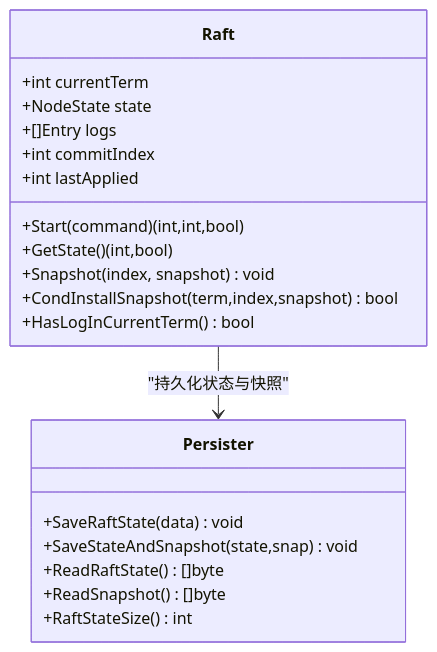
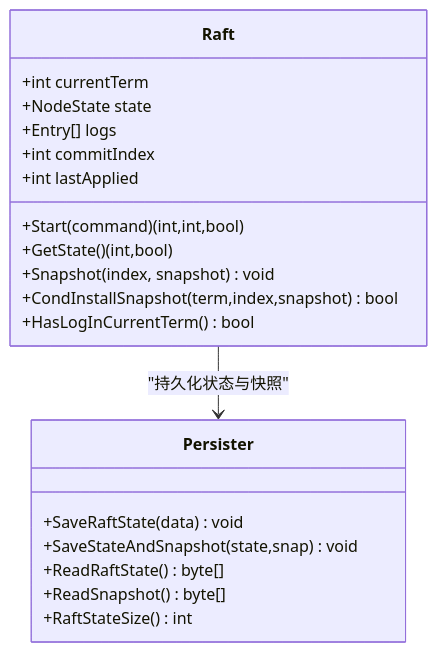
The third of 8 diagrams in wiki/项目概述/项目概述.md (eraft-io/eraft), drawn with Mermaid before and after one commit. The commit also changed 35 other files, not shown here.

````diff
--- a/wiki/项目概述/项目概述.md
+++ b/wiki/项目概述/项目概述.md
@@ -174,23 +174,23 @@
 ```mermaid
 classDiagram
 class Raft {
 +int currentTerm
 +NodeState state
-+[]Entry logs
++Entry[] logs
 +int commitIndex
 +int lastApplied
 +Start(command) (int,int,bool)
 +GetState() (int,bool)
 +Snapshot(index, snapshot) void
 +CondInstallSnapshot(term,index,snapshot) bool
 +HasLogInCurrentTerm() bool
 }
 class Persister {
 +SaveRaftState(data) void
 +SaveStateAndSnapshot(state,snap) void
-+ReadRaftState() []byte
-+ReadSnapshot() []byte
++ReadRaftState() byte[]
++ReadSnapshot() byte[]
 +RaftStateSize() int
 }
 Raft --> Persister : "持久化状态与快照"
 ```
````
